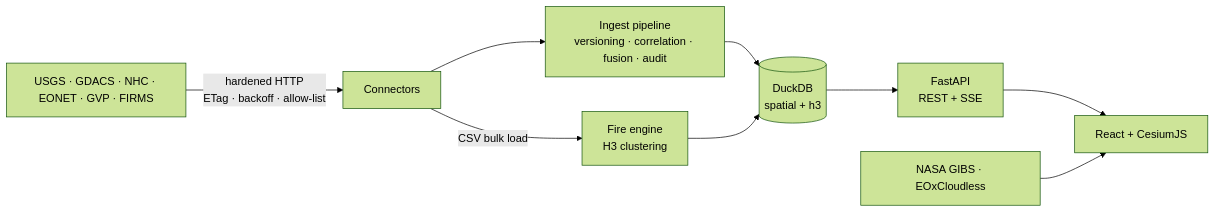
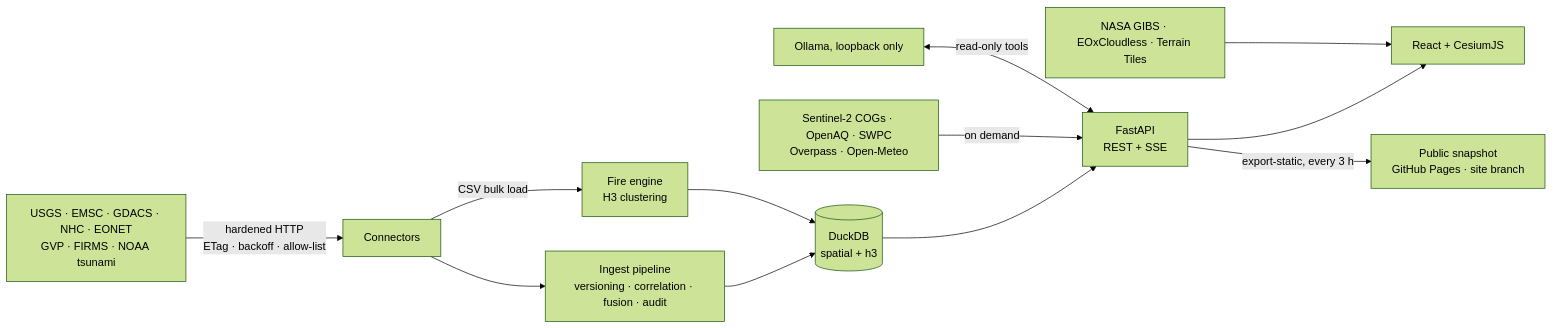
Before and after one commit to Arnav-Dugad/ATLAS: the diagram in README.md, drawn with Mermaid (forest theme). The commit also changed other lines of this file and 5 other files, not shown here.

````diff
--- a/README.md
+++ b/README.md
@@ -88,11 +106,14 @@
 ```mermaid
 flowchart LR
-  A[USGS · GDACS · NHC · EONET · GVP · FIRMS] -->|hardened HTTP<br/>ETag · backoff · allow-list| B[Connectors]
+  A[USGS · EMSC · GDACS · NHC · EONET<br/>GVP · FIRMS · NOAA tsunami] -->|hardened HTTP<br/>ETag · backoff · allow-list| B[Connectors]
   B --> C[Ingest pipeline<br/>versioning · correlation · fusion · audit]
   B -->|CSV bulk load| F[Fire engine<br/>H3 clustering]
   C --> D[(DuckDB<br/>spatial + h3)]
   F --> D
   D --> E[FastAPI<br/>REST + SSE]
+  S[Sentinel-2 COGs · OpenAQ · SWPC<br/>Overpass · Open-Meteo] -->|on demand| E
   E --> W[React + CesiumJS]
-  G[NASA GIBS · EOxCloudless] --> W
+  L[Ollama, loopback only] <-->|read-only tools| E
+  G[NASA GIBS · EOxCloudless · Terrain Tiles] --> W
+  E -->|export-static, every 3 h| P[Public snapshot<br/>GitHub Pages · site branch]
 ```
````
